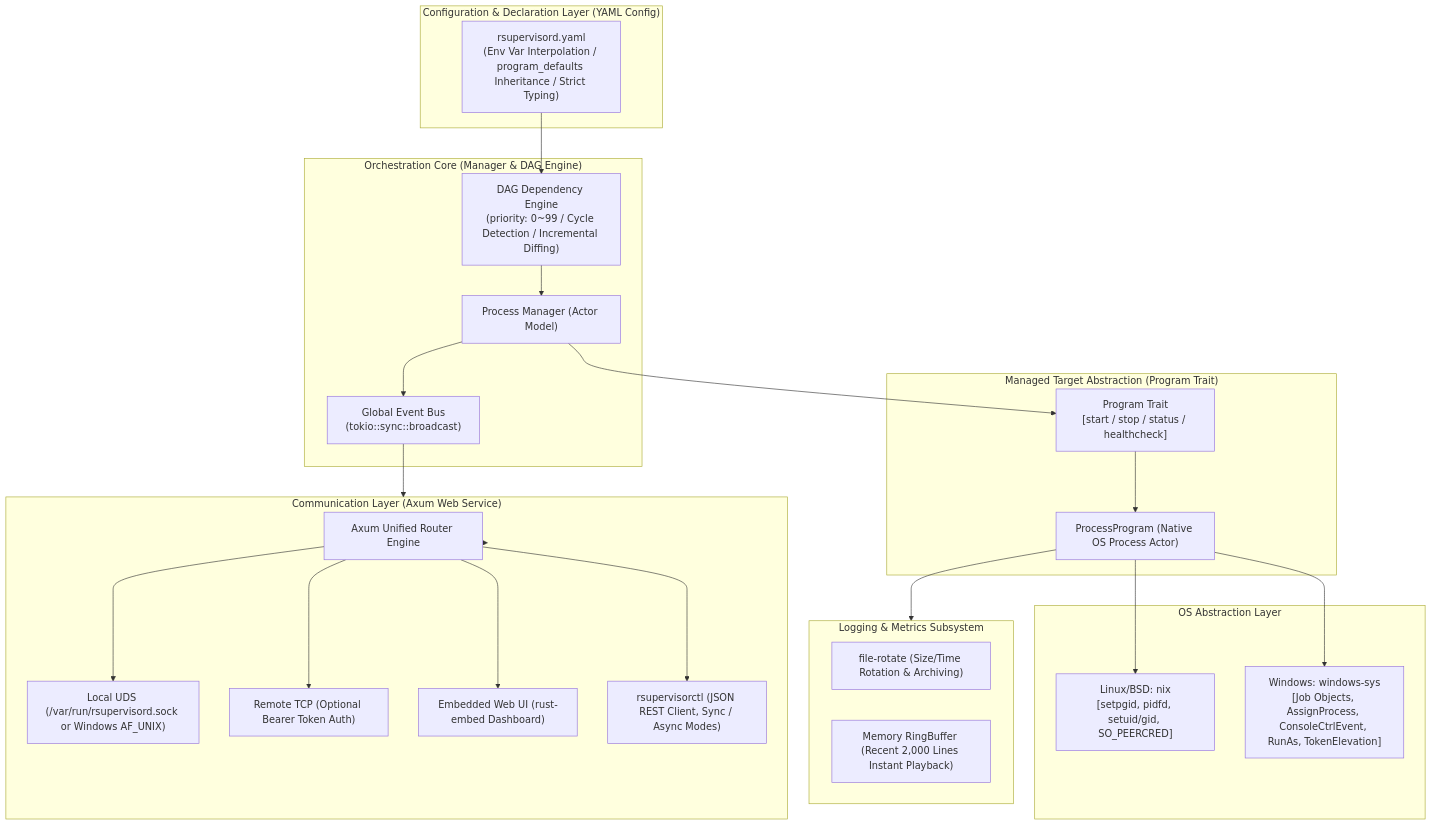
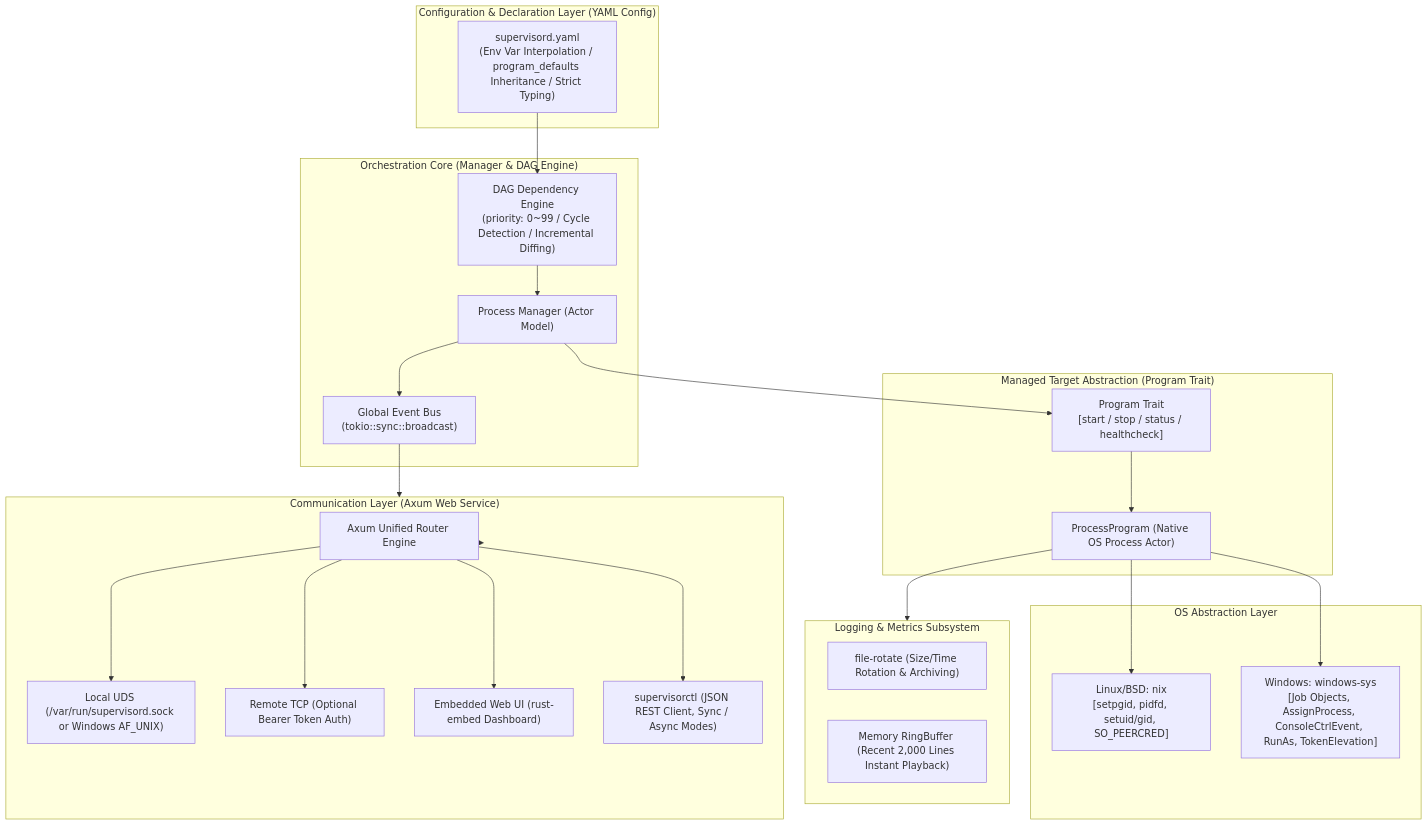
One commit to spritetong/rsupervisord changed the diagram in docs/PRD.md. Above: the diagram before and after it, drawn with Mermaid. The commit also changed other lines of this file and 25 other files, not shown here.

Commit message:
refactor: rename binaries to supervisord/supervisorctl

````diff
--- a/docs/PRD.md
+++ b/docs/PRD.md
@@ -44,49 +44,49 @@
 ```mermaid
 flowchart TD
     subgraph ConfigLayer ["Configuration & Declaration Layer (YAML Config)"]
-        YAML["rsupervisord.yaml\n(Env Var Interpolation / program_defaults Inheritance / Strict Typing)"]
+        YAML["supervisord.yaml\n(Env Var Interpolation / program_defaults Inheritance / Strict Typing)"]
     end
 
     subgraph ManagerLayer ["Orchestration Core (Manager & DAG Engine)"]
         DAG["DAG Dependency Engine\n(priority: 0~99 / Cycle Detection / Incremental Diffing)"]
         Supervisor["Process Manager (Actor Model)"]
         EventBus["Global Event Bus\n(tokio::sync::broadcast)"]
     end
 
     subgraph ProgramTraitLayer ["Managed Target Abstraction (Program Trait)"]
         Trait["Program Trait\n[start / stop / status / healthcheck]"]
         ProcessProgram["ProcessProgram (Native OS Process Actor)"]
     end
 
     subgraph PlatformLayer ["OS Abstraction Layer"]
         PosixBackend["Linux/BSD: nix\n[setpgid, pidfd, setuid/gid, SO_PEERCRED]"]
         WinBackend["Windows: windows-sys\n[Job Objects, AssignProcess, ConsoleCtrlEvent, RunAs, TokenElevation]"]
     end
 
     subgraph LoggingLayer ["Logging & Metrics Subsystem"]
         Rotate["file-rotate (Size/Time Rotation & Archiving)"]
         RingBuf["Memory RingBuffer (Recent 2,000 Lines Instant Playback)"]
     end
 
     subgraph CommunicationLayer ["Communication Layer (Axum Web Service)"]
         Endpoints["Axum Unified Router Engine"]
-        UDS["Local UDS (/var/run/rsupervisord.sock or Windows AF_UNIX)"]
+        UDS["Local UDS (/var/run/supervisord.sock or Windows AF_UNIX)"]
         TCP["Remote TCP (Optional Bearer Token Auth)"]
         WebUI["Embedded Web UI (rust-embed Dashboard)"]
-        CLI["rsupervisorctl (JSON REST Client, Sync / Async Modes)"]
+        CLI["supervisorctl (JSON REST Client, Sync / Async Modes)"]
     end
 
     YAML --> DAG --> Supervisor
     Supervisor --> Trait
     Trait --> ProcessProgram
     ProcessProgram --> PosixBackend
     ProcessProgram --> WinBackend
     ProcessProgram --> LoggingLayer
     Supervisor --> EventBus
     EventBus --> CommunicationLayer
     CommunicationLayer --> Endpoints
     Endpoints --> UDS
     Endpoints --> TCP
     Endpoints --> WebUI
     Endpoints --> CLI
 ```
````
